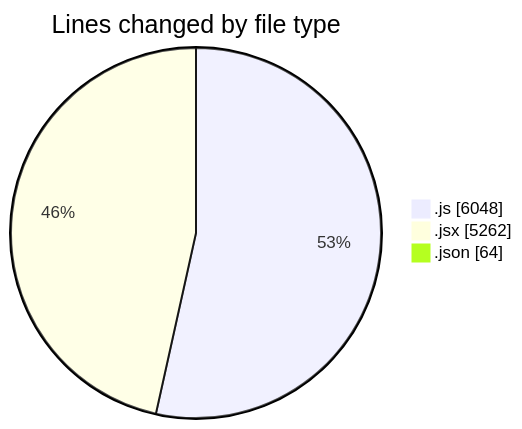
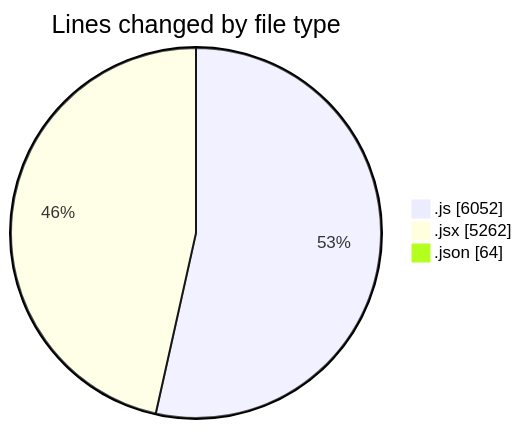
The first of 2 diagrams in 2025-08-07/nxtqube_webapp/README.md (nxtqubesakshisongat/code-tracking), drawn with Mermaid before and after one commit. The commit also changed other lines of this file and 1 other file, not shown here.

````diff
--- a/2025-08-07/nxtqube_webapp/README.md
+++ b/2025-08-07/nxtqube_webapp/README.md
@@ -25,7 +25,7 @@
 ```mermaid
 pie showData
 title Lines changed by file type
-".js" : 6048
+".js" : 6052
 ".jsx" : 5262
 ".json" : 64
 ```
````
